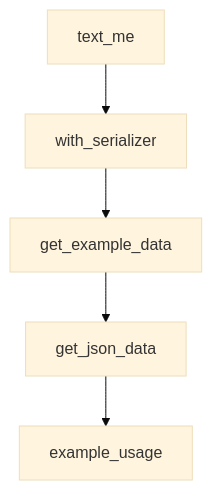
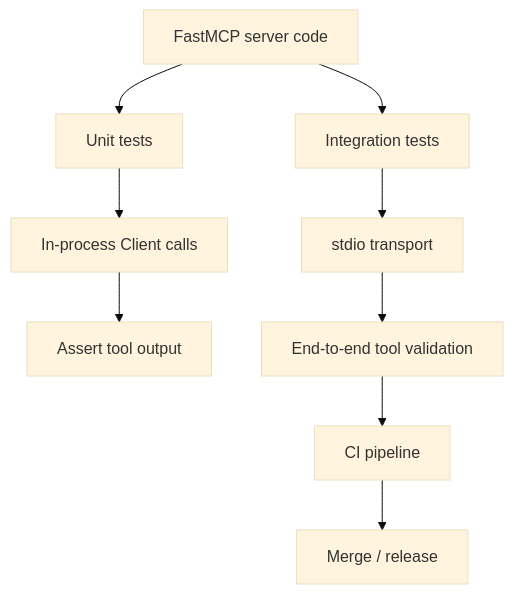
The diagram in tutorials/fastmcp-tutorial/07-testing-contributing-and-upgrade-strategy.md (johnxie/awesome-code-docs), drawn with Mermaid (base theme) before and after one commit. The commit also changed other lines of this file and 1232 other files, not shown here.

````diff
--- a/tutorials/fastmcp-tutorial/07-testing-contributing-and-upgrade-strategy.md
+++ b/tutorials/fastmcp-tutorial/07-testing-contributing-and-upgrade-strategy.md
@@ -199,12 +46,11 @@
 ```mermaid
 flowchart TD
-    A[text_me]
-    B[with_serializer]
-    C[get_example_data]
-    D[get_json_data]
-    E[example_usage]
-    A --> B
-    B --> C
-    C --> D
-    D --> E
+    A[FastMCP server code] --> B[Unit tests]
+    B --> C[In-process Client calls]
+    C --> D[Assert tool output]
+    A --> E[Integration tests]
+    E --> F[stdio transport]
+    F --> G[End-to-end tool validation]
+    G --> H[CI pipeline]
+    H --> I[Merge / release]
 ```
````
